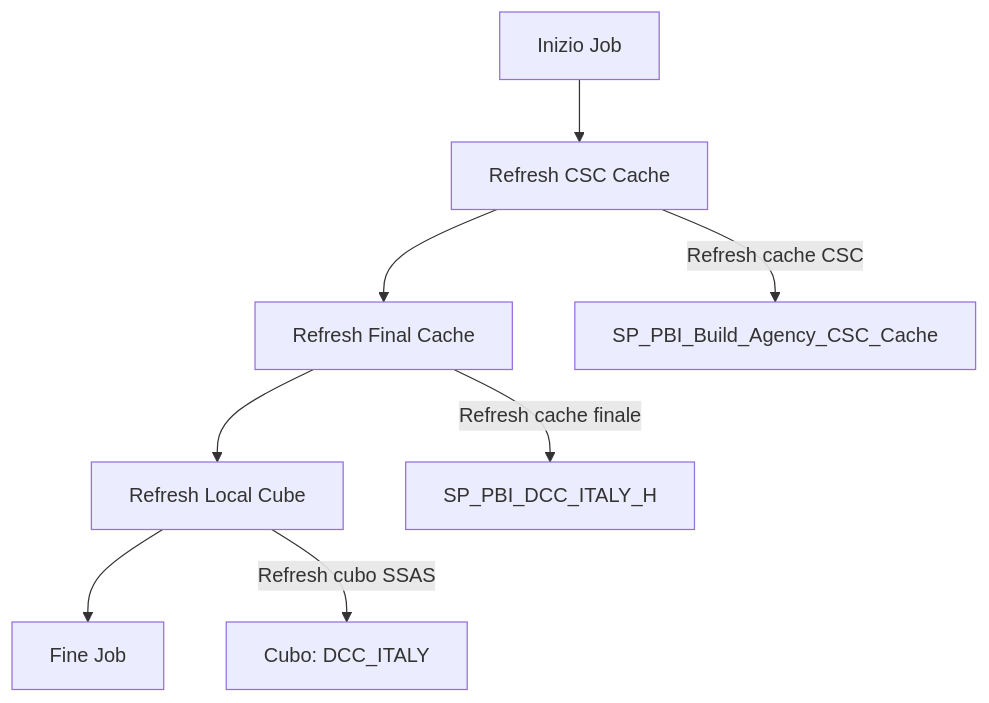
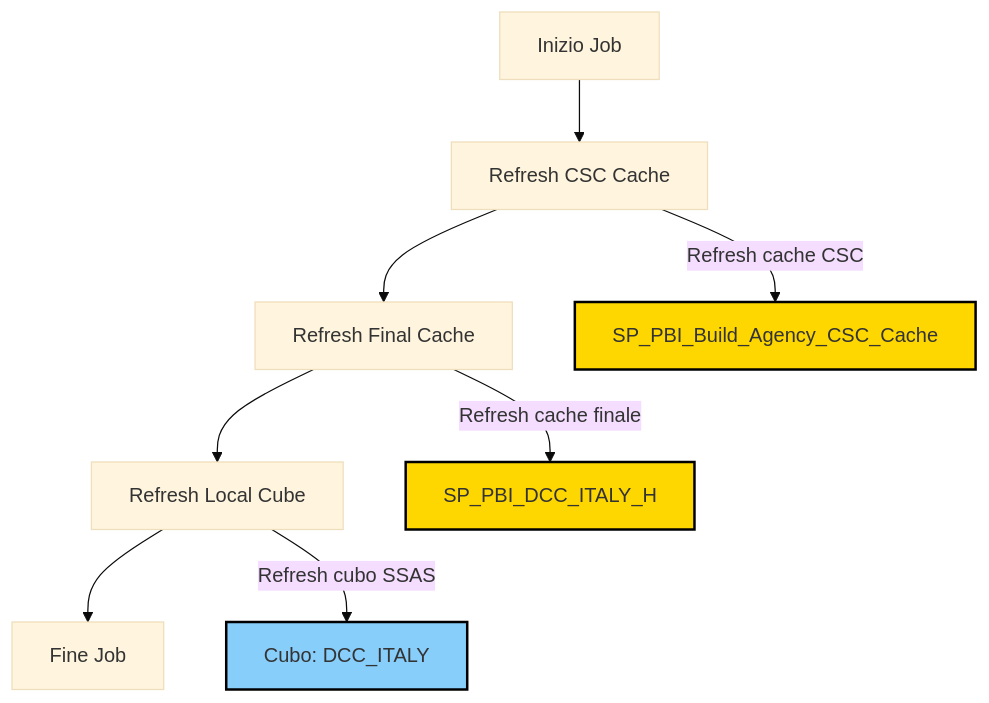
One commit to grellag/Project_Python changed the diagram in DCC_Trasporti_H/Job_Refresh.MD. Above: the diagram before and after it, drawn with Mermaid.

Commit message:
Aggiunto flusso DCC Trasporti

````diff
--- a/DCC_Trasporti_H/Job_Refresh.MD
+++ b/DCC_Trasporti_H/Job_Refresh.MD
@@ -7,13 +7,19 @@
 ```mermaid
-flowchart TD
+%%{init: {'theme': 'base', 'themeVariables': {'handdraw': true}}}%%
+flowchart TB
     A[Inizio Job] --> C[Refresh CSC Cache]
     C --> D[Refresh Final Cache]
     D --> E[Refresh Local Cube]
     E --> F[Fine Job]
 
     %% Descrizione dei passi:
 
     C -->|Refresh cache CSC| H[SP_PBI_Build_Agency_CSC_Cache]
     D -->|Refresh cache finale| I[SP_PBI_DCC_ITALY_H]
     E -->|Refresh cubo SSAS| J[Cubo: DCC_ITALY]
+
+    %% Stili personalizzati:
+    style H fill:#FFD700,stroke:#000,stroke-width:2px
+    style I fill:#FFD700,stroke:#000,stroke-width:2px
+    style J fill:#87CEFA,stroke:#000,stroke-width:2px
 ```
````
